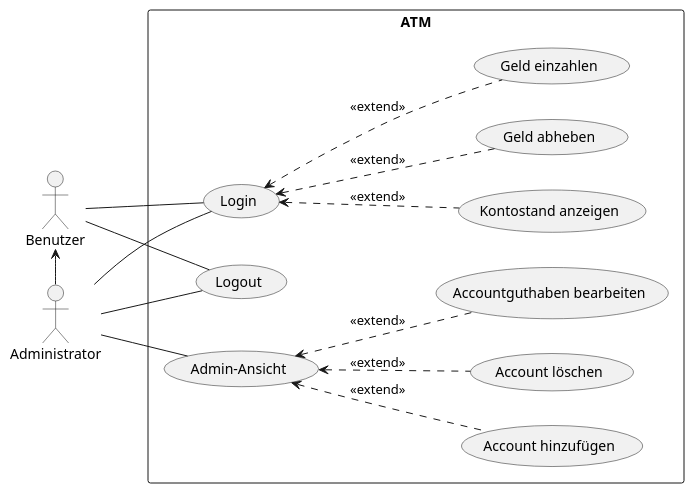
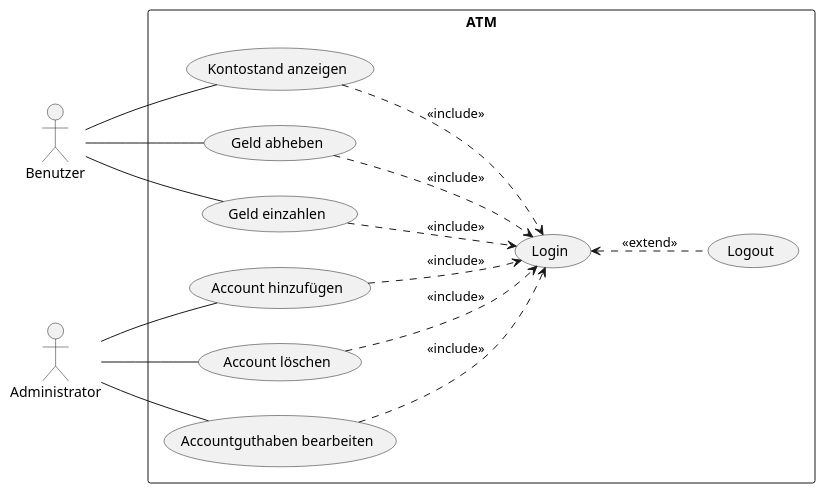
One commit to Halfpipe-SD/ATM changed the diagram in diagrams/usecase.plantuml. Above: the diagram before and after it, drawn with PlantUML. The commit also changed 2 other files, not shown here.

Commit message:
5 - Adjusted use-Case diagram and added use-case description

```diff
--- a/diagrams/usecase.plantuml
+++ b/diagrams/usecase.plantuml
@@ -1,29 +1,30 @@
 @startuml usecase
 
 left to right direction
 skinparam packageStyle rectangle
 
 actor "Benutzer" as AB
 actor "Administrator" as AA
 
-AB <- AA
 
 rectangle ATM {
 
-  AB -- (Login)
-  AB -- (Logout)
+  AB -- (Kontostand anzeigen) 
+  AB -- (Geld abheben) 
+  AB -- (Geld einzahlen) 
 
-  (Login) <.- (Kontostand anzeigen) : "<<extend>>"
-  (Login) <.- (Geld abheben) : "<<extend>>"
-  (Login) <.- (Geld einzahlen) : "<<extend>>"
+  (Kontostand anzeigen) -.> (Login) : "<<include>>"
+  (Geld abheben) -.> (Login) : "<<include>>"
+  (Geld einzahlen) -.> (Login) : "<<include>>"
+  (Login) <.- (Logout) : "<<extend>>"
 
-  AA -- (Login)
-  AA -- (Logout)
-  AA -- (Admin-Ansicht)
+  AA -- (Account hinzufügen)
+  AA -- (Account löschen)
+  AA -- (Accountguthaben bearbeiten)
 
-  (Admin-Ansicht) <.- (Account hinzufügen) : "<<extend>>"
-  (Admin-Ansicht) <.- (Account löschen) : "<<extend>>"
-  (Admin-Ansicht) <.- (Accountguthaben bearbeiten) : "<<extend>>"
+  (Account hinzufügen) -.> (Login) : "<<include>>"
+  (Account löschen) -.> (Login) : "<<include>>"
+  (Accountguthaben bearbeiten) -.> (Login) : "<<include>>"
 }
 
 @enduml
```
